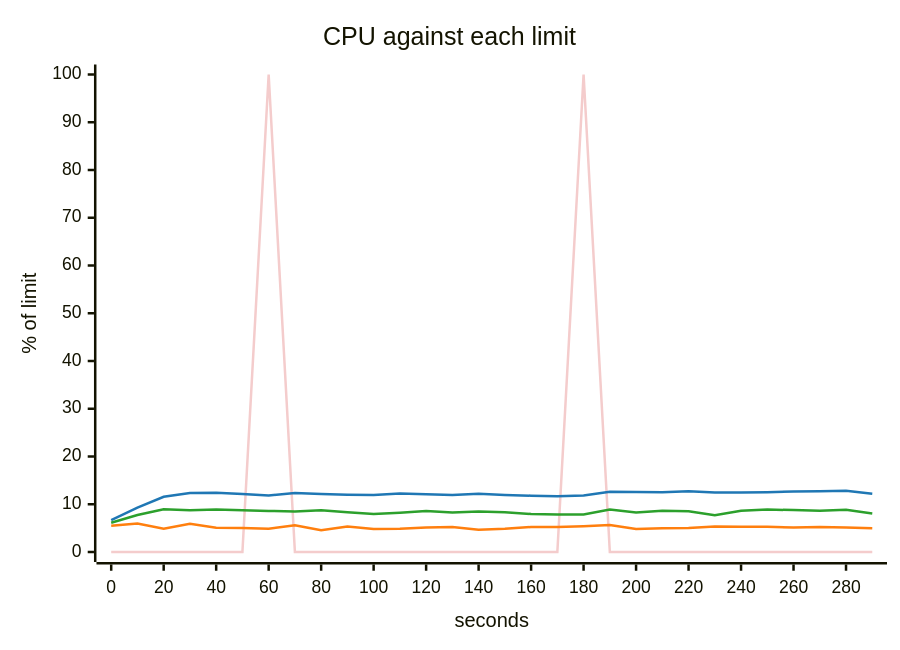
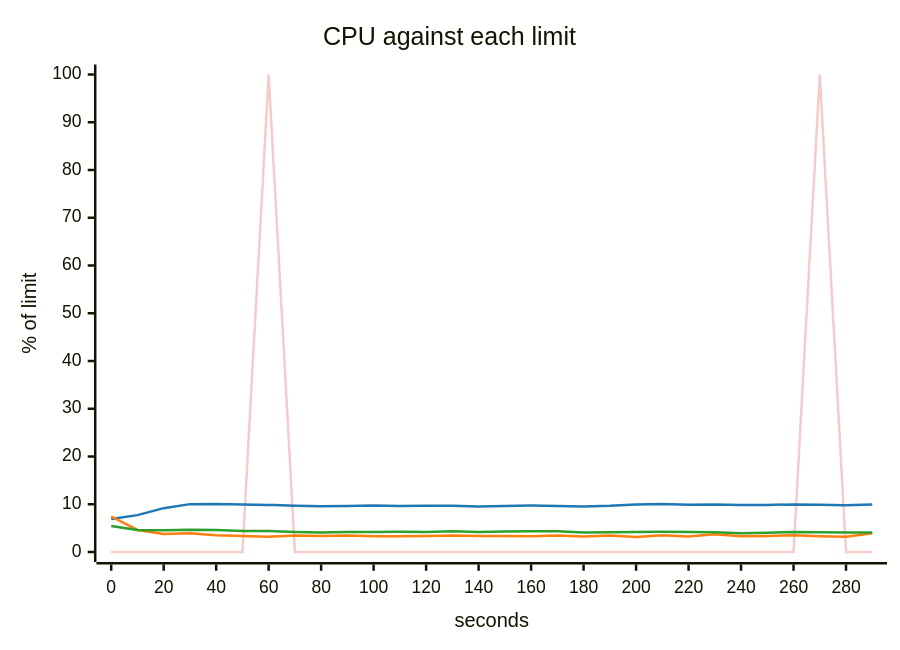
Before and after one commit to akinfemi/load-lore: the fifth of 5 diagrams in scenarios/healthy-but-broken/solutions/deep-health-check/report.md, drawn with Mermaid. The commit also changed other lines of this file and 71 other files, not shown here.

````diff
--- a/scenarios/healthy-but-broken/solutions/deep-health-check/report.md
+++ b/scenarios/healthy-but-broken/solutions/deep-health-check/report.md
@@ -100,17 +100,17 @@
 ```mermaid
 ---
 config:
   themeVariables:
     xyChart:
       backgroundColor: "transparent"
       plotColorPalette: "#f4cccc, #1f77b4, #ff7f0e, #2ca02c"
 ---
 xychart-beta
     title "CPU against each limit"
     x-axis "seconds" 0 --> 290
     y-axis "% of limit" 0 --> 100
-    line [0, 0, 0, 0, 0, 0, 100, 0, 0, 0, 0, 0, 0, 0, 0, 0, 0, 0, 100, 0, 0, 0, 0, 0, 0, 0, 0, 0, 0, 0]
-    line [6.699, 9.306, 11.562, 12.337, 12.408, 12.148, 11.833, 12.341, 12.143, 11.989, 11.913, 12.237, 12.094, 11.914, 12.214, 11.95, 11.796, 11.683, 11.849, 12.6, 12.556, 12.502, 12.746, 12.463, 12.451, 12.51, 12.663, 12.717, 12.803, 12.186]
-    line [5.491, 5.954, 4.879, 5.89, 5.091, 5.028, 4.893, 5.596, 4.548, 5.333, 4.83, 4.866, 5.128, 5.214, 4.667, 4.862, 5.252, 5.212, 5.387, 5.651, 4.818, 4.963, 5.02, 5.353, 5.294, 5.276, 5.108, 5.252, 5.156, 4.994]
-    line [6.125, 7.731, 8.932, 8.72, 8.881, 8.735, 8.606, 8.484, 8.751, 8.303, 7.956, 8.213, 8.575, 8.262, 8.462, 8.33, 7.946, 7.839, 7.837, 8.897, 8.257, 8.632, 8.533, 7.706, 8.622, 8.882, 8.776, 8.656, 8.846, 8.082]
+    line [0, 0, 0, 0, 0, 0, 100, 0, 0, 0, 0, 0, 0, 0, 0, 0, 0, 0, 0, 0, 0, 0, 0, 0, 0, 0, 0, 100, 0, 0]
+    line [6.909, 7.722, 9.18, 10.024, 10.068, 9.968, 9.861, 9.711, 9.598, 9.635, 9.716, 9.616, 9.675, 9.687, 9.528, 9.636, 9.764, 9.629, 9.542, 9.668, 9.937, 10.029, 9.889, 9.963, 9.817, 9.865, 9.961, 9.871, 9.791, 9.943]
+    line [7.432, 4.615, 3.784, 3.937, 3.522, 3.332, 3.209, 3.456, 3.365, 3.448, 3.3, 3.292, 3.353, 3.453, 3.374, 3.372, 3.278, 3.437, 3.224, 3.466, 3.161, 3.482, 3.258, 3.713, 3.309, 3.353, 3.501, 3.316, 3.212, 3.933]
+    line [5.434, 4.596, 4.534, 4.663, 4.584, 4.374, 4.379, 4.209, 4.1, 4.183, 4.163, 4.222, 4.2, 4.364, 4.166, 4.318, 4.328, 4.365, 4.106, 4.113, 4.194, 4.239, 4.172, 4.154, 3.926, 4.009, 4.195, 4.141, 4.092, 4.078]
 ```
````
